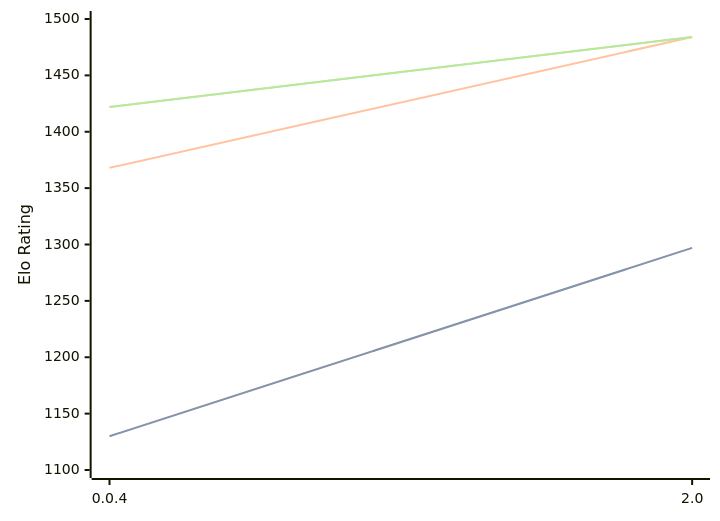
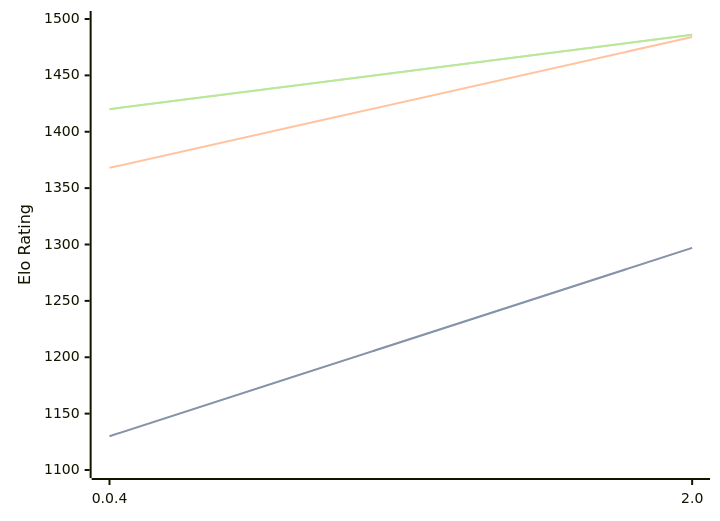
Before and after one commit to computer-chess-index/cci: the diagram in engines/Oops!Mate.md, drawn with Mermaid. The commit also changed other lines of this file, not shown here.

Commit message:
Update CCI Ratings (ELO VLTC) - 2026-05-04

````diff
--- a/engines/Oops!Mate.md
+++ b/engines/Oops!Mate.md
@@ -51,11 +51,11 @@
 ```mermaid
 %%{init: {"theme":"base","themeVariables":{"seriesColors:['#a3a3a3','#222221','#faa371']}}}%%
 xychart-beta
   x-axis ["0.0.4", "2.0"]
   y-axis "Elo Rating" 1100 --> 1500
   line "STC (8.0+0.08s)" [1130, 1297]
   line "STC (8.0+0.08s)" [1130, 1297]
   line "LTC (60.0+0.60s)" [1368, 1484]
-  line "VLTC (2m24s+1.12s)" [1422, 1484]
-  line "VLTC (2m24s+1.12s)" [1422, 1484]
+  line "VLTC (2m24s+1.12s)" [1420, 1486]
+  line "VLTC (2m24s+1.12s)" [1420, 1486]
 ```
````
